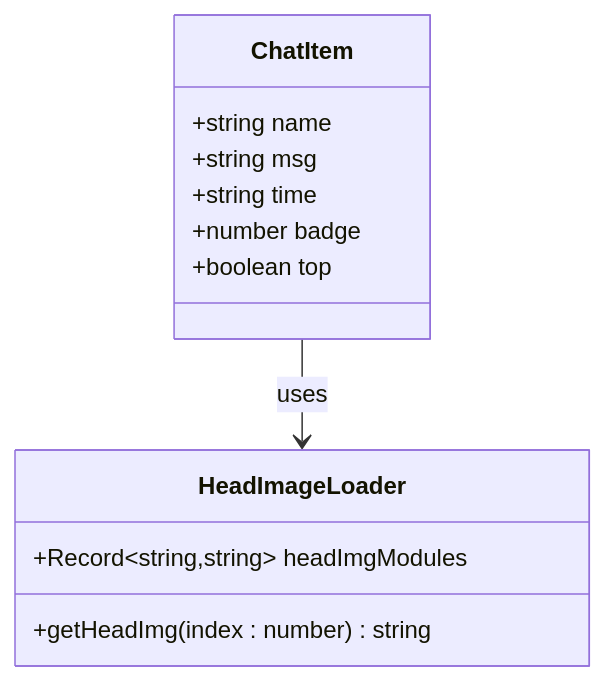
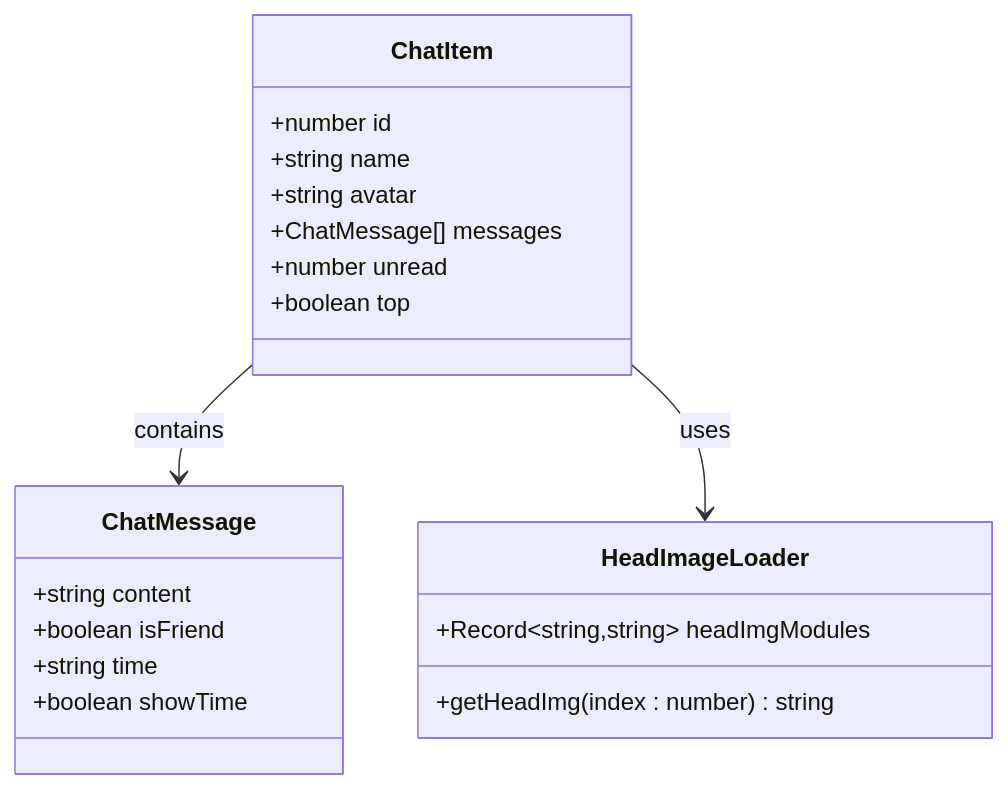
Before and after one commit to giserman001/vue3-vant4-mobile: the fifth of 8 diagrams in .qoder/repowiki/zh/content/Tabbar System.md, drawn with Mermaid. The commit also changed other lines of this file and 398 other files, not shown here.

````diff
--- a/.qoder/repowiki/zh/content/Tabbar System.md
+++ b/.qoder/repowiki/zh/content/Tabbar System.md
@@ -204,15 +217,23 @@
 ```mermaid
 classDiagram
 class ChatItem {
++number id
 +string name
-+string msg
++string avatar
++ChatMessage[] messages
++number unread
++boolean top
+}
+class ChatMessage {
++string content
++boolean isFriend
 +string time
-+number badge
-+boolean top
++boolean showTime
 }
 class HeadImageLoader {
 +Record~string,string~ headImgModules
 +getHeadImg(index : number) string
 }
+ChatItem --> ChatMessage : contains
 ChatItem --> HeadImageLoader : uses
 ```
````
